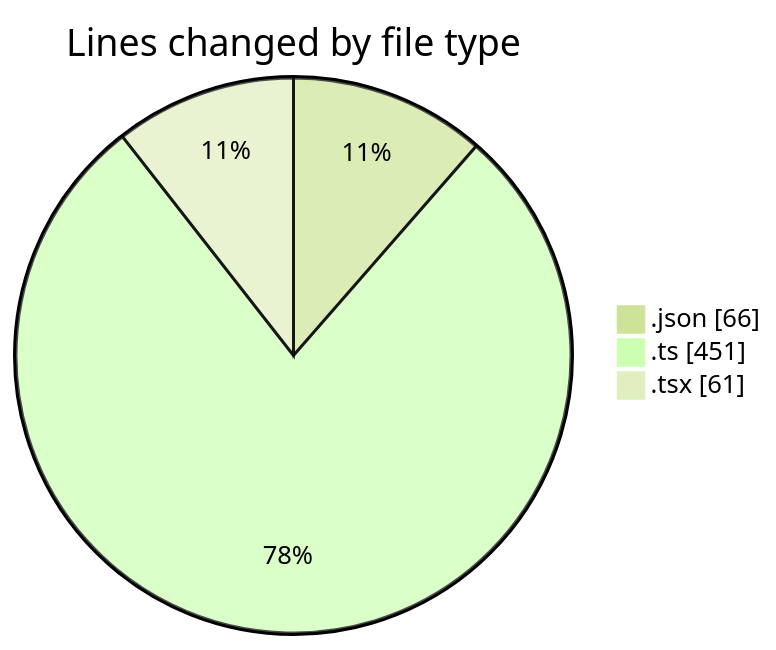
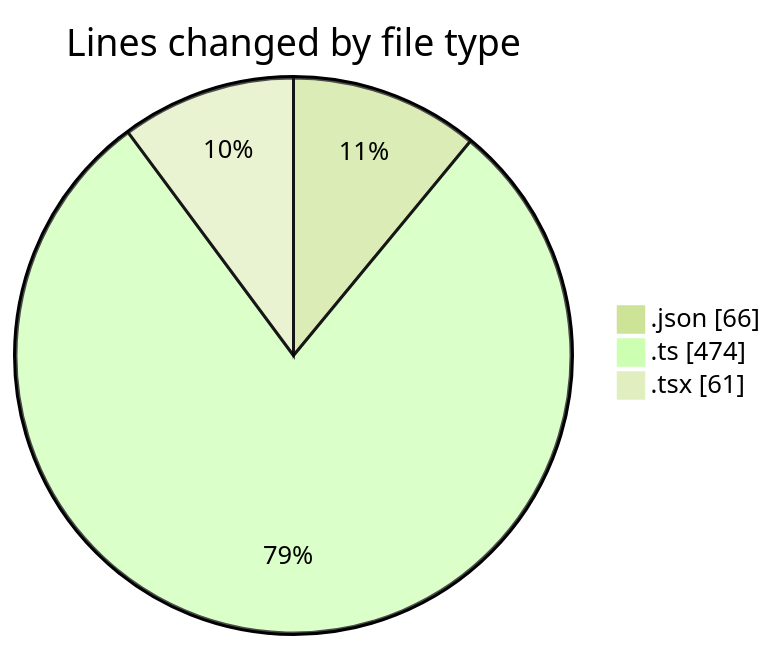
Before and after one commit to momahboobian/code-tracking: the first of 2 diagrams in 2025-05-09/cda/README.md, drawn with Mermaid (forest theme). The commit also changed other lines of this file and 1 other file, not shown here.

````diff
--- a/2025-05-09/cda/README.md
+++ b/2025-05-09/cda/README.md
@@ -23,7 +23,7 @@
 ```mermaid
 pie showData
 title Lines changed by file type
 ".json" : 66
-".ts" : 451
+".ts" : 474
 ".tsx" : 61
 ```
````
